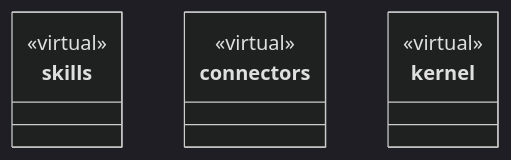
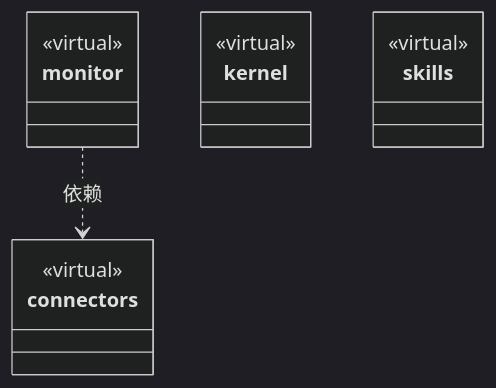
Before and after one commit to nan023062/cbim: the second of 2 diagrams in src/framework/ARCHITECTURE.md, drawn with Mermaid (dark theme). The commit also changed other lines of this file and 113 other files, not shown here.

````diff
--- a/src/framework/ARCHITECTURE.md
+++ b/src/framework/ARCHITECTURE.md
@@ -64,15 +70,20 @@
 ```mermaid
 classDiagram
-class N_af1b03806bfb["skills"] {
+class N_3c7a2e5c648b["monitor"] {
   <<virtual>>
 }
-click N_af1b03806bfb href "skills/ARCHITECTURE.md"
+click N_3c7a2e5c648b href "monitor/ARCHITECTURE.md"
 class N_0b7ffb6a70f6["connectors"] {
   <<virtual>>
 }
 click N_0b7ffb6a70f6 href "connectors/ARCHITECTURE.md"
 class N_20ee62e66639["kernel"] {
   <<virtual>>
 }
 click N_20ee62e66639 href "kernel/ARCHITECTURE.md"
+class N_af1b03806bfb["skills"] {
+  <<virtual>>
+}
+click N_af1b03806bfb href "skills/ARCHITECTURE.md"
+N_3c7a2e5c648b ..> N_0b7ffb6a70f6 : 依赖
 ```
````
